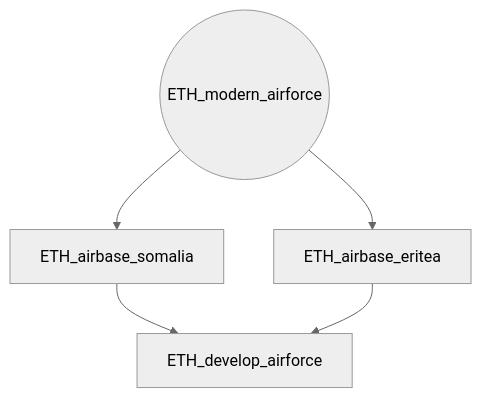
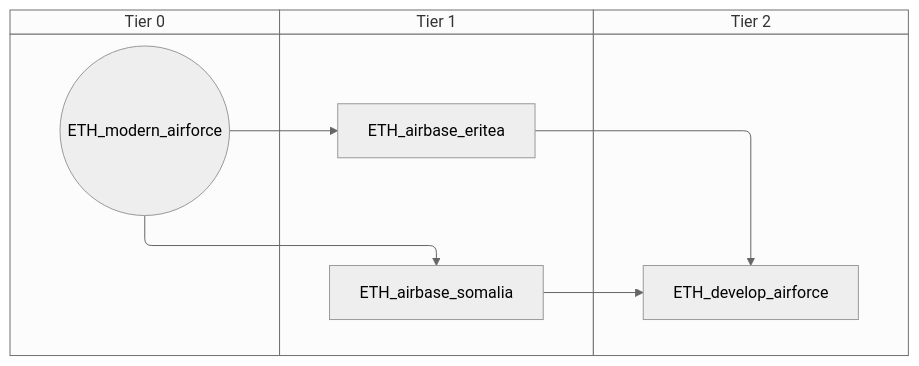
The fifth of 6 diagrams in docs/gdd/National Focuses/r56/r56_ethiopia.md (evgeny-sobol/hoi4-sandbox-mode-r56), drawn with Mermaid (neutral theme) before and after one commit. The commit also changed other lines of this file and 423 other files, not shown here.

First line of the commit message:
Re-export Rt56 focus trees as swimlane diagrams

````diff
--- a/docs/gdd/National Focuses/r56/r56_ethiopia.md
+++ b/docs/gdd/National Focuses/r56/r56_ethiopia.md
@@ -153,11 +209,17 @@
 ```mermaid
-flowchart TD
-    n45["ETH_airbase_eritea"]
-    n46["ETH_airbase_somalia"]
-    n47["ETH_develop_airforce"]
-    n48(("ETH_modern_airforce"))
-    n48 --> n45
-    n48 --> n46
-    n46 --> n47
+swimlane-beta TD
+    subgraph tier_0["Tier 0"]
+        n45(("ETH_modern_airforce"))
+    end
+    subgraph tier_1["Tier 1"]
+        n46["ETH_airbase_eritea"]
+        n47["ETH_airbase_somalia"]
+    end
+    subgraph tier_2["Tier 2"]
+        n48["ETH_develop_airforce"]
+    end
+    n45 --> n46
     n45 --> n47
+    n47 --> n48
+    n46 --> n48
 ```
````
